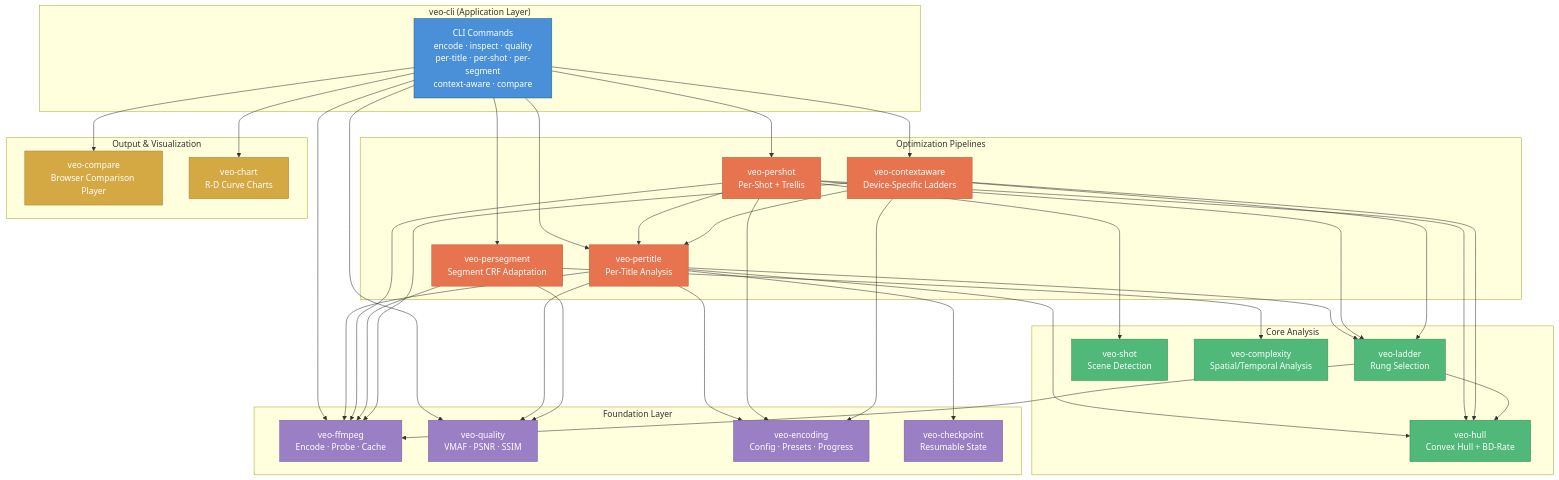
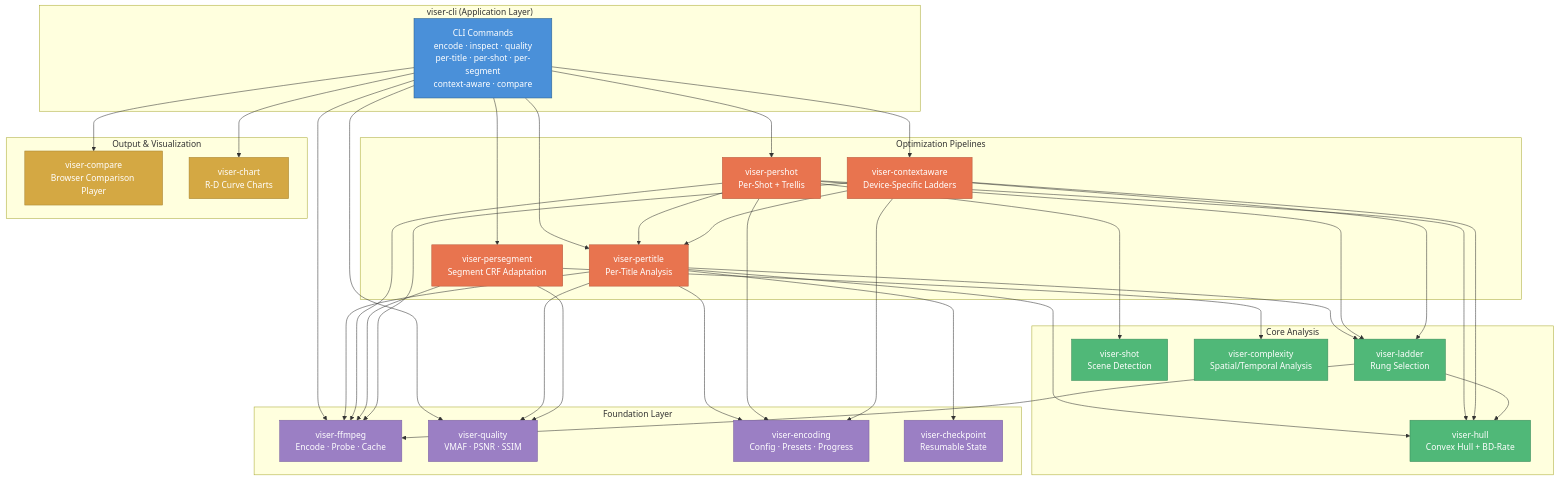
One commit to vbasky/viser changed the first of 6 diagrams in docs/system-design.md. Above: the diagram before and after it, drawn with Mermaid. The commit also changed other lines of this file and 106 other files, not shown here.

First line of the commit message:
Rename veo → viser; add project template files

````diff
--- a/docs/system-design.md
+++ b/docs/system-design.md
@@ -5,53 +5,53 @@
 ```mermaid
 graph TB
-    subgraph CLI["veo-cli (Application Layer)"]
+    subgraph CLI["viser-cli (Application Layer)"]
         CMD[CLI Commands<br/>encode · inspect · quality<br/>per-title · per-shot · per-segment<br/>context-aware · compare]
     end
 
     subgraph Pipelines["Optimization Pipelines"]
-        PT[veo-pertitle<br/>Per-Title Analysis]
-        PS[veo-pershot<br/>Per-Shot + Trellis]
-        SEG[veo-persegment<br/>Segment CRF Adaptation]
-        CA[veo-contextaware<br/>Device-Specific Ladders]
+        PT[viser-pertitle<br/>Per-Title Analysis]
+        PS[viser-pershot<br/>Per-Shot + Trellis]
+        SEG[viser-persegment<br/>Segment CRF Adaptation]
+        CA[viser-contextaware<br/>Device-Specific Ladders]
     end
 
     subgraph Core["Core Analysis"]
-        HULL[veo-hull<br/>Convex Hull + BD-Rate]
-        LADDER[veo-ladder<br/>Rung Selection]
-        SHOT[veo-shot<br/>Scene Detection]
-        CX[veo-complexity<br/>Spatial/Temporal Analysis]
+        HULL[viser-hull<br/>Convex Hull + BD-Rate]
+        LADDER[viser-ladder<br/>Rung Selection]
+        SHOT[viser-shot<br/>Scene Detection]
+        CX[viser-complexity<br/>Spatial/Temporal Analysis]
     end
 
     subgraph Foundation["Foundation Layer"]
-        FF[veo-ffmpeg<br/>Encode · Probe · Cache]
-        QM[veo-quality<br/>VMAF · PSNR · SSIM]
-        ENC[veo-encoding<br/>Config · Presets · Progress]
-        CP[veo-checkpoint<br/>Resumable State]
+        FF[viser-ffmpeg<br/>Encode · Probe · Cache]
+        QM[viser-quality<br/>VMAF · PSNR · SSIM]
+        ENC[viser-encoding<br/>Config · Presets · Progress]
+        CP[viser-checkpoint<br/>Resumable State]
     end
 
     subgraph Output["Output & Visualization"]
-        CMP[veo-compare<br/>Browser Comparison Player]
-        CHT[veo-chart<br/>R-D Curve Charts]
+        CMP[viser-compare<br/>Browser Comparison Player]
+        CHT[viser-chart<br/>R-D Curve Charts]
     end
 
     CMD --> PT & PS & SEG & CA & CMP & CHT & FF & QM
 
     PT --> FF & QM & HULL & LADDER & ENC & CP
     PS --> PT & SHOT & FF & HULL & LADDER & ENC
     SEG --> FF & QM & CX
     CA --> PT & FF & HULL & LADDER & ENC
 
     LADDER --> FF & HULL
 
     classDef app fill:#4a90d9,stroke:#2c5f8a,color:#fff
     classDef pipeline fill:#e8744f,stroke:#b85a3e,color:#fff
     classDef core fill:#50b878,stroke:#3a8a5a,color:#fff
     classDef foundation fill:#9b7fc4,stroke:#7a60a0,color:#fff
     classDef output fill:#d4a843,stroke:#a88535,color:#fff
 
     class CMD app
     class PT,PS,SEG,CA pipeline
     class HULL,LADDER,SHOT,CX core
     class FF,QM,ENC,CP foundation
     class CMP,CHT output
 ```
````
